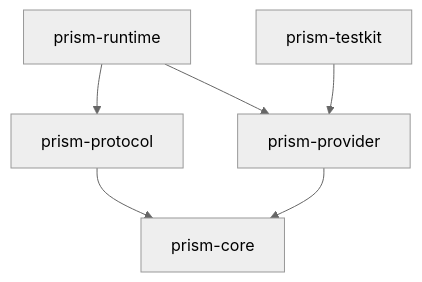
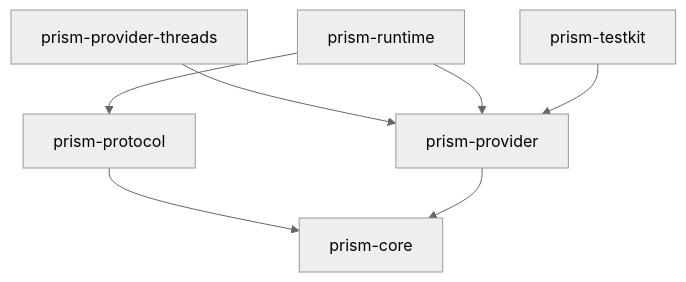
One commit to aiaiaiai-tech/prism changed the first of 2 diagrams in docs/architecture.md. Above: the diagram before and after it, drawn with Mermaid (neutral theme). The commit also changed other lines of this file and 21 other files, not shown here.

Commit message:
Implement Threads provider proof

````diff
--- a/docs/architecture.md
+++ b/docs/architecture.md
@@ -18,8 +18,9 @@
 ```mermaid
 flowchart TD
     Protocol["prism-protocol"] --> Core["prism-core"]
     Provider["prism-provider"] --> Core
+    Threads["prism-provider-threads"] --> Provider
     Runtime["prism-runtime"] --> Protocol
     Runtime --> Provider
     Testkit["prism-testkit"] --> Provider
 ```
````
